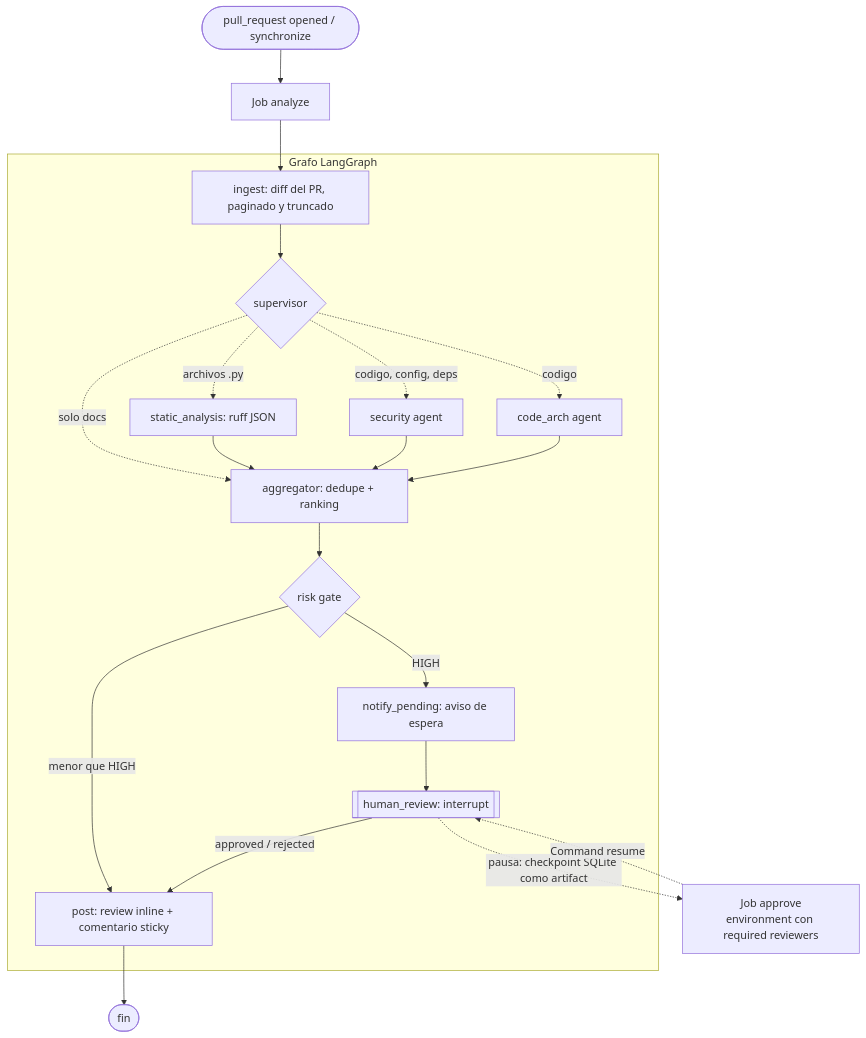
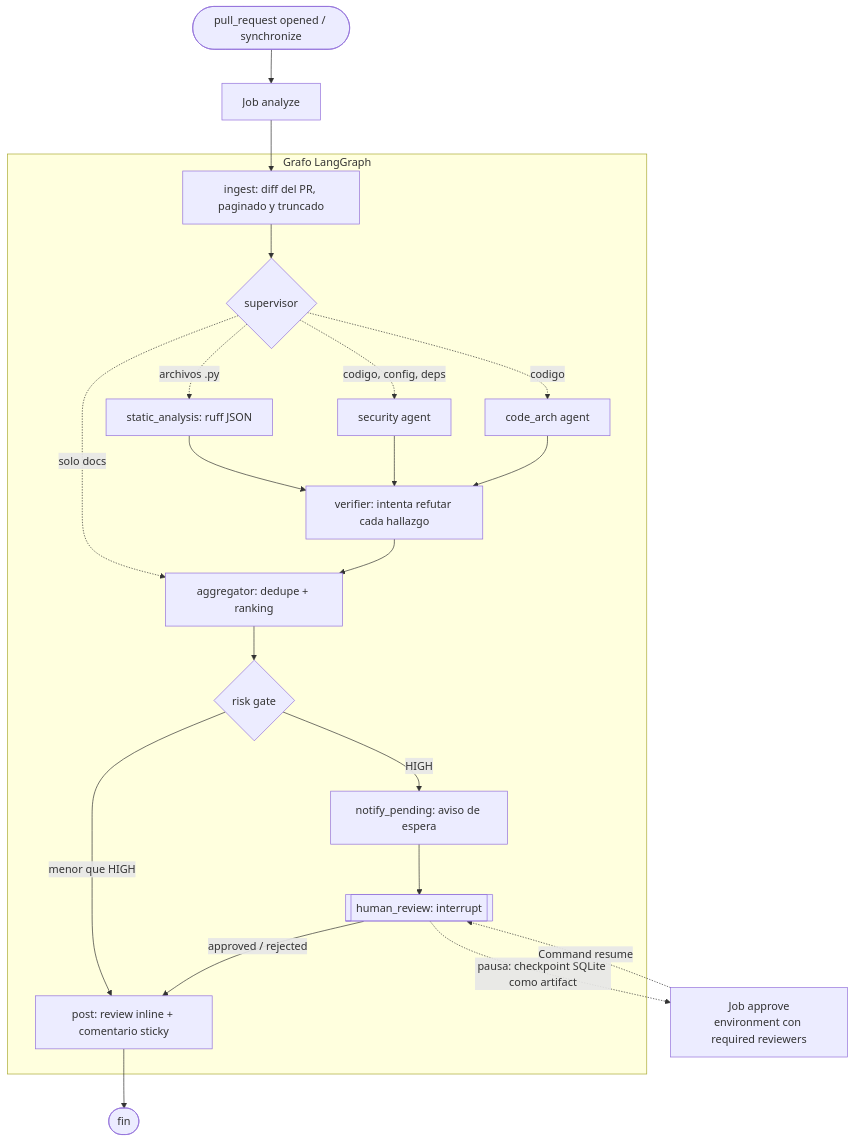
One commit to fabrizzio178/PR-agents-reviewer changed the first of 2 diagrams in README.md. Above: the diagram before and after it, drawn with Mermaid. The commit also changed other lines of this file and 17 other files, not shown here.

````diff
--- a/README.md
+++ b/README.md
@@ -59,23 +59,24 @@
 ```mermaid
 flowchart TD
     PR(["pull_request opened / synchronize"]) --> A["Job analyze"]
     subgraph G["Grafo LangGraph"]
         ingest["ingest: diff del PR, paginado y truncado"] --> sup{"supervisor"}
         sup -.->|"archivos .py"| sa["static_analysis: ruff JSON"]
         sup -.->|"codigo, config, deps"| sec["security agent"]
         sup -.->|"codigo"| arch["code_arch agent"]
         sup -.->|"solo docs"| agg
-        sa --> agg["aggregator: dedupe + ranking"]
-        sec --> agg
-        arch --> agg
+        sa --> ver["verifier: intenta refutar cada hallazgo"]
+        sec --> ver
+        arch --> ver
+        ver --> agg["aggregator: dedupe + ranking"]
         agg --> gate{"risk gate"}
         gate -->|"menor que HIGH"| post["post: review inline + comentario sticky"]
         gate -->|"HIGH"| np["notify_pending: aviso de espera"]
         np --> hr[["human_review: interrupt"]]
         hr -->|"approved / rejected"| post
     end
     A --> ingest
     hr -.->|"pausa: checkpoint SQLite como artifact"| J2["Job approve<br/>environment con required reviewers"]
     J2 -.->|"Command resume"| hr
     post --> fin(["fin"])
 ```
````
